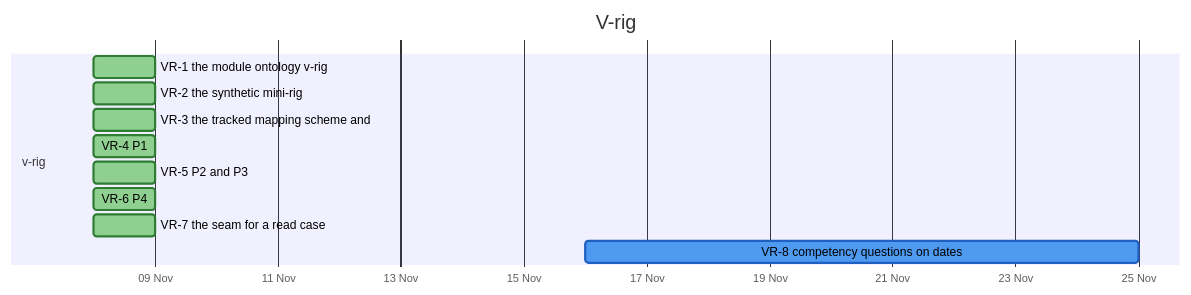
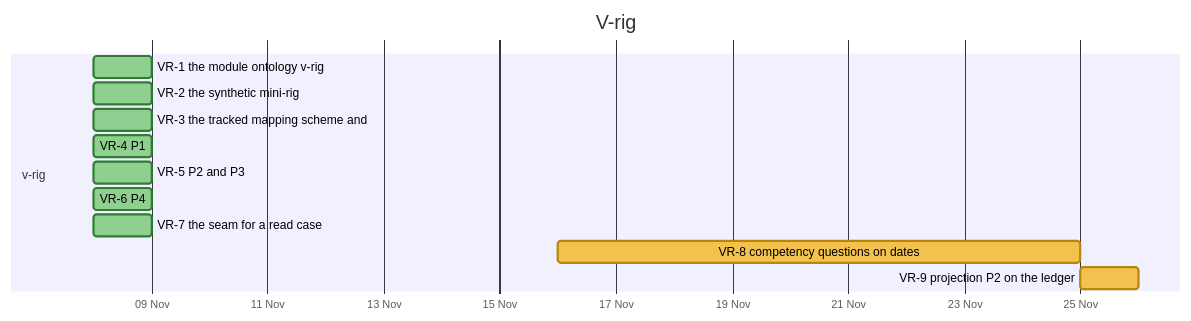
One commit to nebularis/lattice changed diagram 18 of 32 in docs/developer/ROADMAP.md. Above: the diagram before and after it, drawn with Mermaid. The commit also changed other lines of this file and 16 other files, not shown here.

````diff
--- a/docs/developer/ROADMAP.md
+++ b/docs/developer/ROADMAP.md
@@ -544,16 +544,17 @@
 ```mermaid
 %%{init: {"themeVariables": {"taskBkgColor": "#f2c14e", "taskBorderColor": "#b8860b", "taskTextColor": "#000000", "activeTaskBkgColor": "#4e9af1", "activeTaskBorderColor": "#1f5fbf", "activeTaskBorderColor": "#1f5fbf", "doneTaskBkgColor": "#8fcf8f", "doneTaskBorderColor": "#2f7d32", "critBkgColor": "#f28b82", "critBorderColor": "#b23a30", "taskTextDarkColor": "#000000", "taskTextLightColor": "#000000"}}}%%
 gantt
     title V-rig
     dateFormat YYYY-MM-DD
     axisFormat %d %b
     section v-rig
     VR-1 the module ontology v-rig :done, vr1, 2026-11-08, 2026-11-09
     VR-2 the synthetic mini-rig :done, vr2, 2026-11-08, 2026-11-09
     VR-3 the tracked mapping scheme and :done, vr3, 2026-11-08, 2026-11-09
     VR-4 P1 :done, vr4, 2026-11-08, 2026-11-09
     VR-5 P2 and P3 :done, vr5, 2026-11-08, 2026-11-09
     VR-6 P4 :done, vr6, 2026-11-08, 2026-11-09
     VR-7 the seam for a read case :done, vr7, 2026-11-08, 2026-11-09
-    VR-8 competency questions on dates :active, vr8, 2026-11-16, 2026-11-25
+    VR-8 competency questions on dates :vr8, 2026-11-16, 2026-11-25
+    VR-9 projection P2 on the ledger :vr9, 2026-11-25, 2026-11-26
 ```
````
